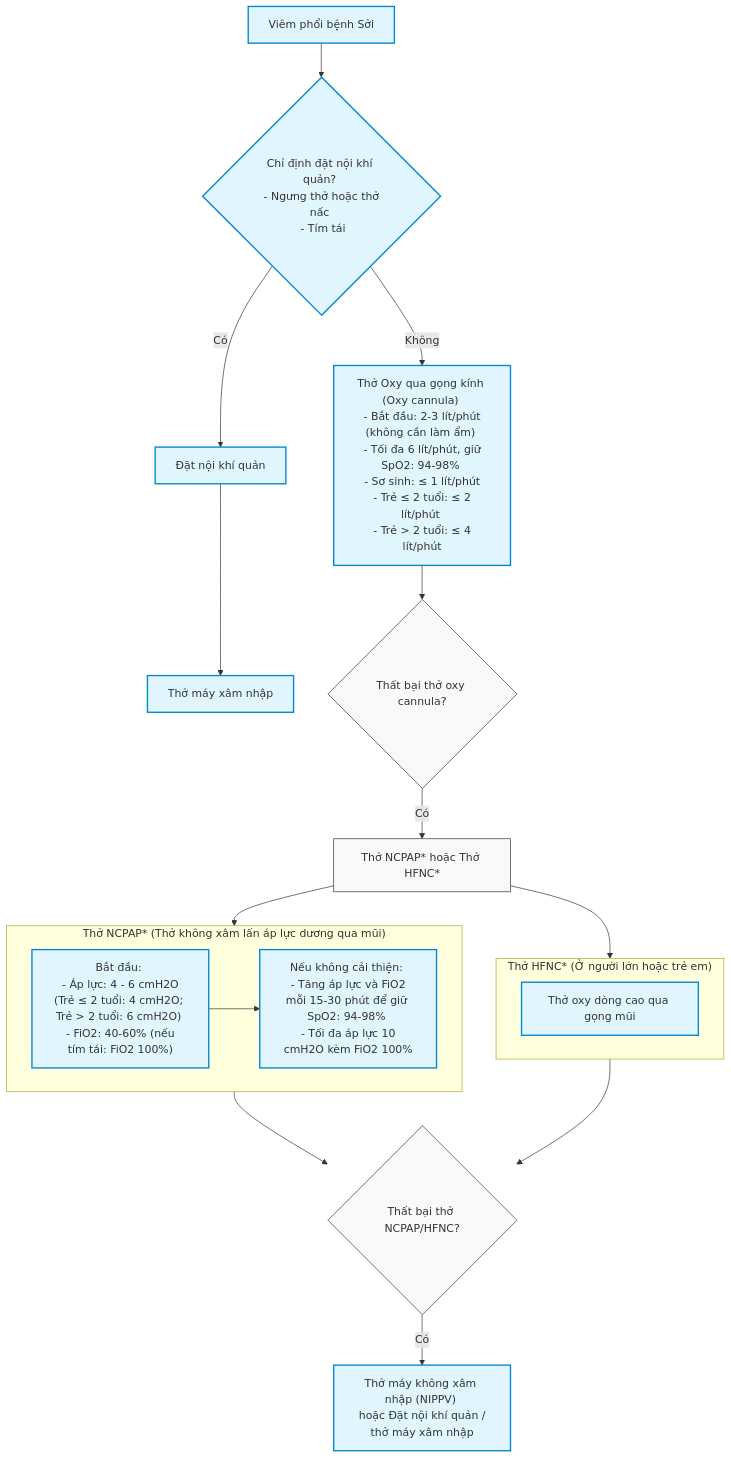
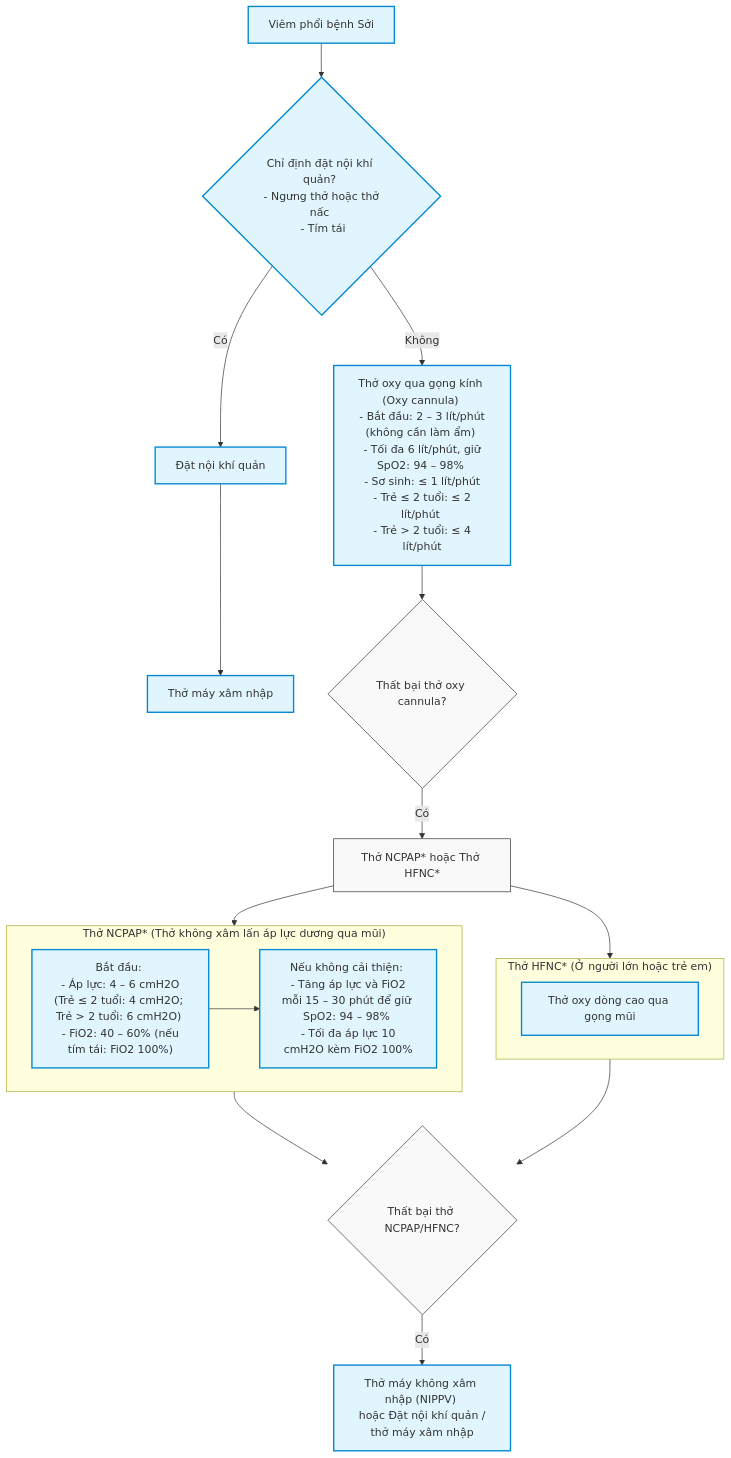
The diagram in markdown_docs/REF_MOH_2025_QD1019.md (MedPassVN/vn-medical-reference-library), drawn with Mermaid before and after one commit. The commit also changed other lines of this file and 35 other files, not shown here.

````diff
--- a/markdown_docs/REF_MOH_2025_QD1019.md
+++ b/markdown_docs/REF_MOH_2025_QD1019.md
@@ -418,29 +418,29 @@
 ```mermaid
 graph TD
-    A[Viêm phổi bệnh Sởi] --> B{Chỉ định đặt nội khí quản? <br> - Ngưng thở hoặc thở nấc <br> - Tím tái}
-    B -- Có --> C[Đặt nội khí quản] --> D[Thở máy xâm nhập]
-    B -- Không --> E["Thở Oxy qua gọng kính (Oxy cannula) <br> - Bắt đầu: 2-3 lít/phút (không cần làm ẩm) <br> - Tối đa 6 lít/phút, giữ SpO2: 94-98% <br> - Sơ sinh: ≤ 1 lít/phút <br> - Trẻ ≤ 2 tuổi: ≤ 2 lít/phút <br> - Trẻ > 2 tuổi: ≤ 4 lít/phút"]
-    E --> F{Thất bại thở oxy cannula?}
+    A["Viêm phổi bệnh Sởi"] --> B{"Chỉ định đặt nội khí quản? <br> - Ngưng thở hoặc thở nấc <br> - Tím tái"}
+    B -- Có --> C["Đặt nội khí quản"] --> D["Thở máy xâm nhập"]
+    B -- Không --> E["Thở oxy qua gọng kính (Oxy cannula) <br> - Bắt đầu: 2 – 3 lít/phút (không cần làm ẩm) <br> - Tối đa 6 lít/phút, giữ SpO2: 94 – 98% <br> - Sơ sinh: ≤ 1 lít/phút <br> - Trẻ ≤ 2 tuổi: ≤ 2 lít/phút <br> - Trẻ > 2 tuổi: ≤ 4 lít/phút"]
+    E --> F{"Thất bại thở oxy cannula?"}
     F -- Có --> G["Thở NCPAP* hoặc Thở HFNC*"]
     
     subgraph NCPAP ["Thở NCPAP* (Thở không xâm lấn áp lực dương qua mũi)"]
-        G1["Bắt đầu: <br> - Áp lực: 4 - 6 cmH2O (Trẻ ≤ 2 tuổi: 4 cmH2O; Trẻ > 2 tuổi: 6 cmH2O) <br> - FiO2: 40-60% (nếu tím tái: FiO2 100%)"]
-        G1 --> G2["Nếu không cải thiện: <br> - Tăng áp lực và FiO2 mỗi 15-30 phút để giữ SpO2: 94-98% <br> - Tối đa áp lực 10 cmH2O kèm FiO2 100%"]
+        G1["Bắt đầu: <br> - Áp lực: 4 – 6 cmH2O (Trẻ ≤ 2 tuổi: 4 cmH2O; Trẻ > 2 tuổi: 6 cmH2O) <br> - FiO2: 40 – 60% (nếu tím tái: FiO2 100%)"]
+        G1 --> G2["Nếu không cải thiện: <br> - Tăng áp lực và FiO2 mỗi 15 – 30 phút để giữ SpO2: 94 – 98% <br> - Tối đa áp lực 10 cmH2O kèm FiO2 100%"]
     end
     
     subgraph HFNC ["Thở HFNC* (Ở người lớn hoặc trẻ em)"]
         G3["Thở oxy dòng cao qua gọng mũi"]
     end
 
     G --> NCPAP
     G --> HFNC
     
-    NCPAP --> H{Thất bại thở NCPAP/HFNC?}
+    NCPAP --> H{"Thất bại thở NCPAP/HFNC?"}
     HFNC --> H
     
     H -- Có --> I["Thở máy không xâm nhập (NIPPV) <br> hoặc Đặt nội khí quản / thở máy xâm nhập"]
 
     classDef default fill:#f9f9f9,stroke:#333,stroke-width:1px;
     classDef highlight fill:#e1f5fe,stroke:#0288d1,stroke-width:2px;
     class A,B,C,D,E,G1,G2,G3,I highlight;
 ```
````
